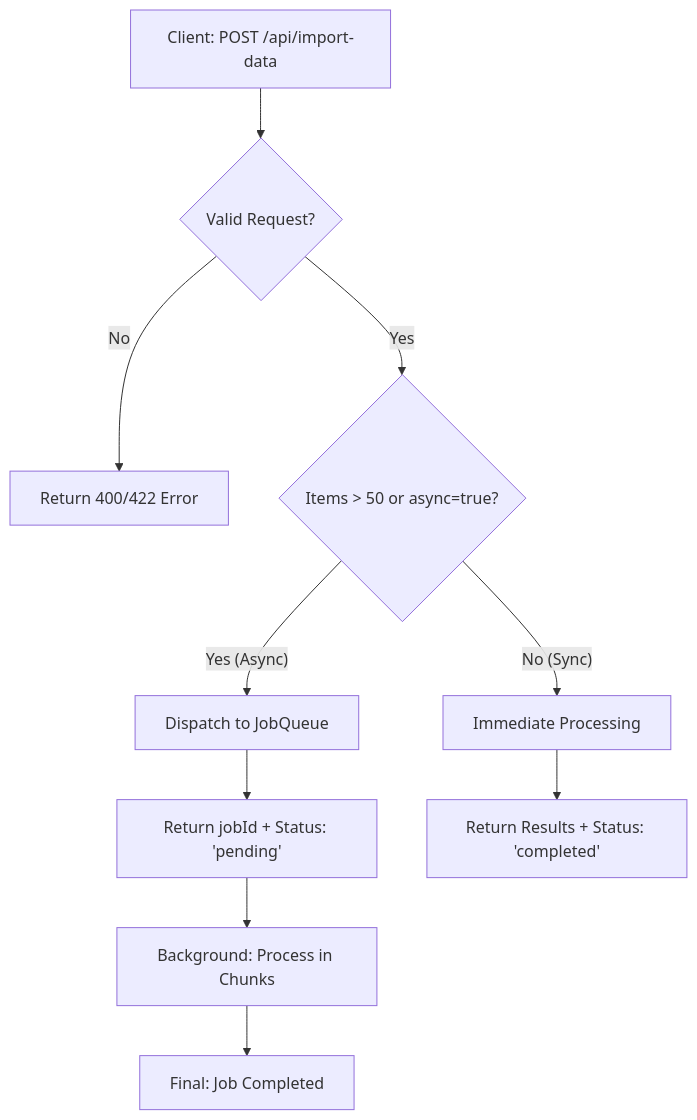
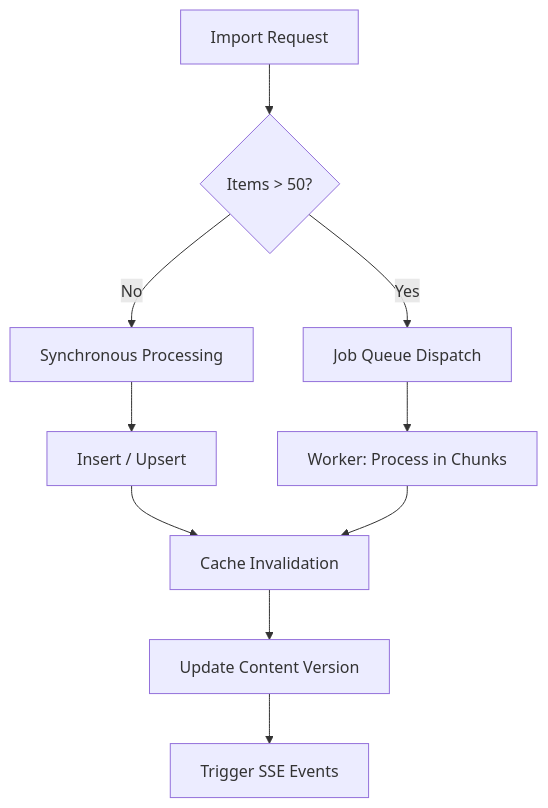
Before and after one commit to TamoorArif/SveltyCMS: the diagram in docs/api/export-import-api.mdx, drawn with Mermaid. The commit also changed other lines of this file and 66 other files, not shown here.

````diff
--- a/docs/api/export-import-api.mdx
+++ b/docs/api/export-import-api.mdx
@@ -242,14 +86,15 @@
 ```mermaid
 graph TD
-    A[Client: POST /api/import-data] --> B{Valid Request?}
-    B -- No --> C[Return 400/422 Error]
-    B -- Yes --> D{Items > 50 or async=true?}
-
-    D -- "Yes (Async)" --> E[Dispatch to JobQueue]
-    E --> F[Return jobId + Status: 'pending']
-    F --> G[Background: Process in Chunks]
-    G --> H[Final: Job Completed]
-
-    D -- "No (Sync)" --> I[Immediate Processing]
-    I --> J[Return Results + Status: 'completed']
+    A[Import Request] --> B{Items > 50?}
+    B -- No --> C[Synchronous Processing]
+    B -- Yes --> D[Job Queue Dispatch]
+    
+    C --> E[Insert / Upsert]
+    D --> F[Worker: Process in Chunks]
+    
+    E --> G[Cache Invalidation]
+    F --> G
+    
+    G --> H[Update Content Version]
+    H --> I[Trigger SSE Events]
 ```
````
